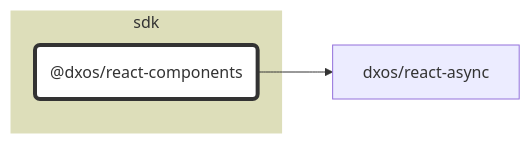
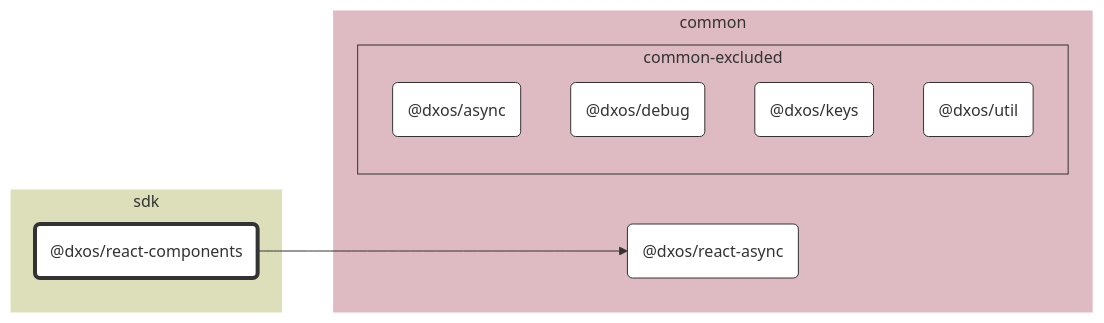
The diagram in packages/sdk/react-components/docs/README.md (dxos/dxos), drawn with Mermaid before and after one commit. The commit also changed 69 other files, not shown here.

````diff
--- a/packages/sdk/react-components/docs/README.md
+++ b/packages/sdk/react-components/docs/README.md
@@ -7,21 +7,39 @@
 ```mermaid
 %%{ init: {'flowchart':{'curve':'basis'}} }%%
 
 flowchart LR
 
 %% Classes
 classDef def fill:#fff,stroke:#333,stroke-width:1px
 classDef root fill:#fff,stroke:#333,stroke-width:4px
 
 %% Nodes
 
 subgraph sdk [sdk]
   style sdk fill:#dddeba,stroke:#fff
   dxos/react-components("@dxos/react-components"):::root
   click dxos/react-components "dxos/dxos/tree/main/packages/sdk/react-components/docs"
 end
 
+subgraph common [common]
+  style common fill:#debac2,stroke:#fff
+  dxos/react-async("@dxos/react-async"):::def
+  click dxos/react-async "dxos/dxos/tree/main/packages/common/react-async/docs"
+
+  subgraph common-excluded [common-excluded]
+    style common-excluded fill:#debac2,stroke:#333,stroke-dashed:5 5
+    dxos/async("@dxos/async"):::def
+    click dxos/async "dxos/dxos/tree/main/packages/common/async/docs"
+    dxos/debug("@dxos/debug"):::def
+    click dxos/debug "dxos/dxos/tree/main/packages/common/debug/docs"
+    dxos/keys("@dxos/keys"):::def
+    click dxos/keys "dxos/dxos/tree/main/packages/common/keys/docs"
+    dxos/util("@dxos/util"):::def
+    click dxos/util "dxos/dxos/tree/main/packages/common/util/docs"
+  end
+end
+
 %% Links
 linkStyle default stroke:#333,stroke-width:1px
 dxos/react-components --> dxos/react-async
 ```
````
